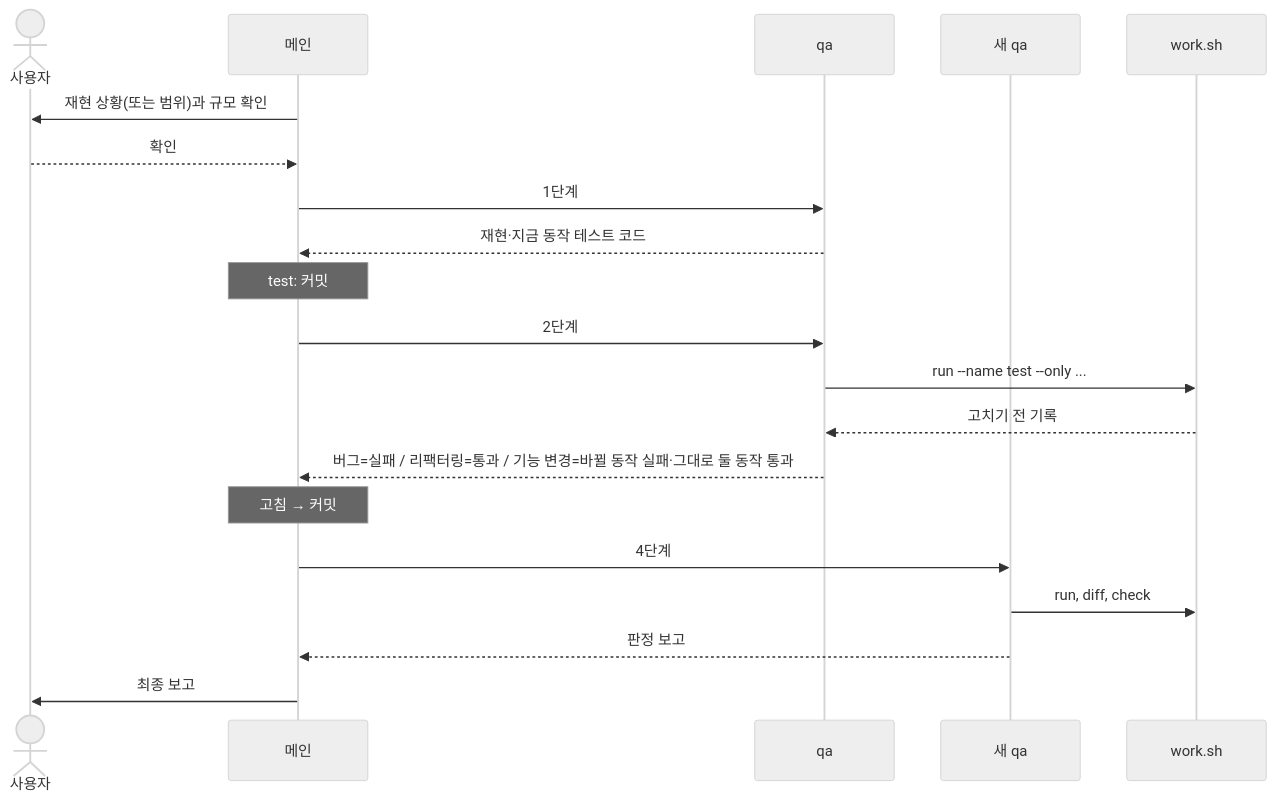
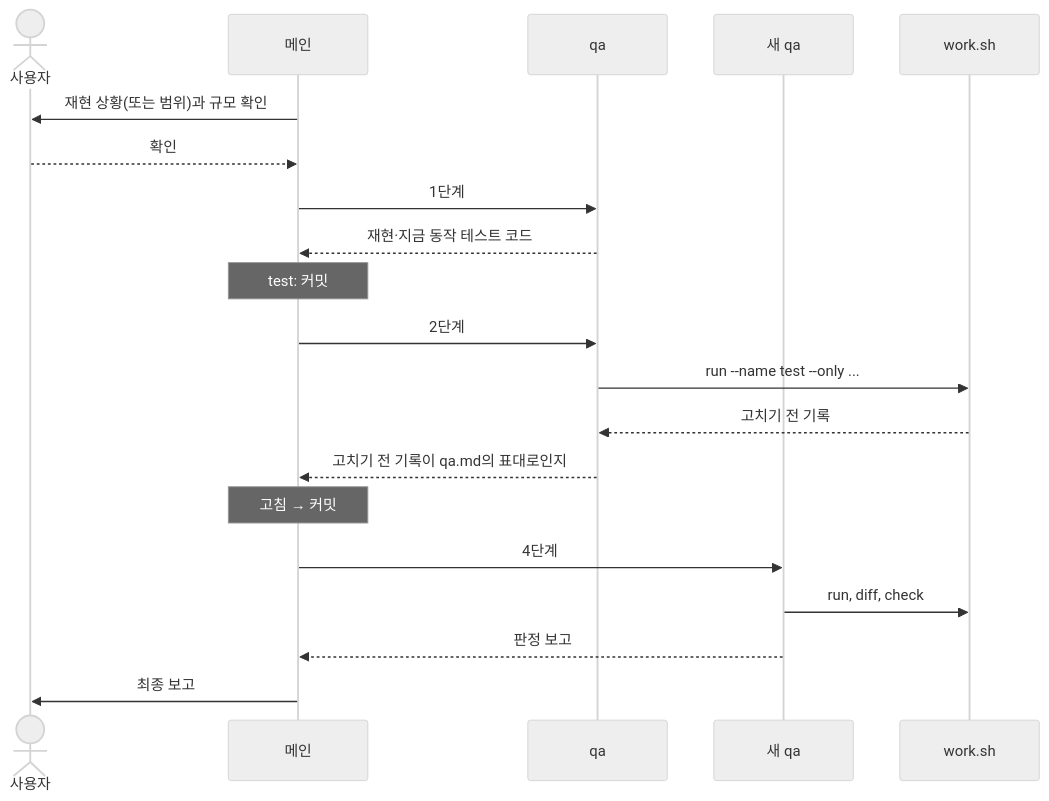
The fourth of 4 diagrams in docs/guides/claude-work-process.ko.md (gyugyu1/writeLoop), drawn with Mermaid (neutral theme) before and after one commit. The commit also changed other lines of this file and 2 other files, not shown here.

First line of the commit message:
docs: 고치기 전 기록의 기대 결과를 qa.md의 표 한 곳에 모음

````diff
--- a/docs/guides/claude-work-process.ko.md
+++ b/docs/guides/claude-work-process.ko.md
@@ -105,22 +106,22 @@
 ```mermaid
 sequenceDiagram
     actor U as 사용자
     participant M as 메인
     participant Q as qa
     participant Q2 as 새 qa
     participant T as work.sh
     M->>U: 재현 상황(또는 범위)과 규모 확인
     U-->>M: 확인
     M->>Q: 1단계
     Q-->>M: 재현·지금 동작 테스트 코드
     Note over M: test: 커밋
     M->>Q: 2단계
     Q->>T: run --name test --only ...
     T-->>Q: 고치기 전 기록
-    Q-->>M: 버그=실패 / 리팩터링=통과 / 기능 변경=바뀔 동작 실패·그대로 둘 동작 통과
+    Q-->>M: 고치기 전 기록이 qa.md의 표대로인지
     Note over M: 고침 → 커밋
     M->>Q2: 4단계
     Q2->>T: run, diff, check
     Q2-->>M: 판정 보고
     M->>U: 최종 보고
 ```
````
